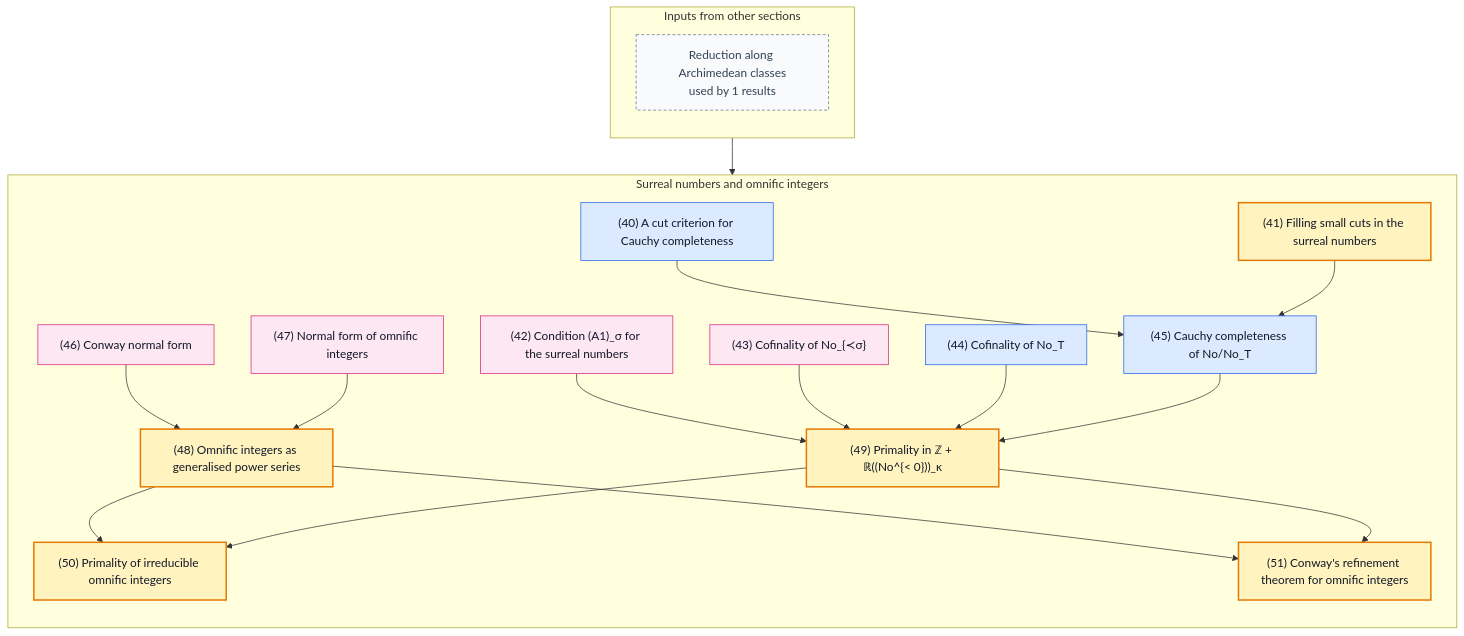
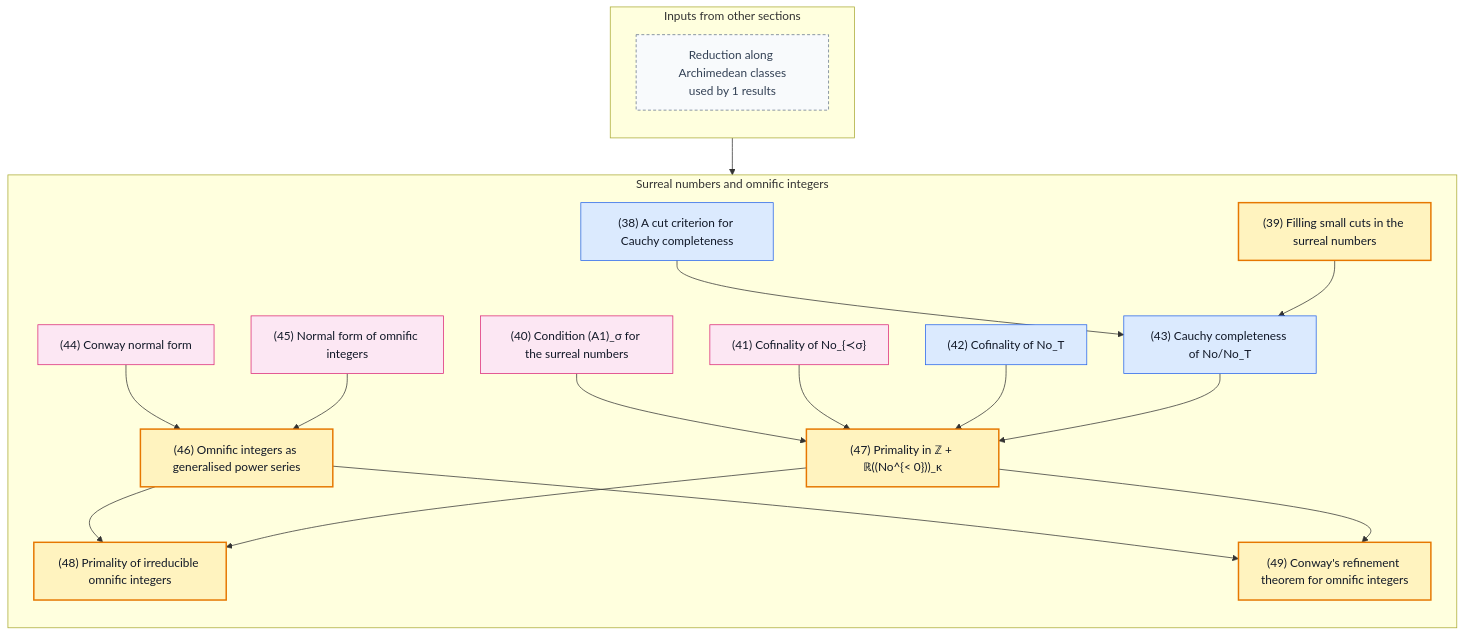
Before and after one commit to gaearon/conway-refinement: the fifth of 5 diagrams in README.md, drawn with Mermaid. The commit also changed other lines of this file and 16 other files, not shown here.

````diff
--- a/README.md
+++ b/README.md
@@ -422,59 +414,59 @@
 ```mermaid
 %% Generated by scripts/blueprint.sh; do not edit.
 %% Other sections are compressed to boundary nodes.
 %% Solid arrows are proof dependencies; dashed arrows are statement dependencies.
 flowchart TB
   subgraph inputs["Inputs from other sections"]
     direction TB
     in0["Reduction along Archimedean classes<br/>used by 1 results"]:::boundary
   end
   subgraph current["Surreal numbers and omnific integers"]
     direction TB
-    n040["(40) A cut criterion for Cauchy completeness"]:::lemma
-    n041["(41) Filling small cuts in the surreal numbers"]:::theorem
-    n042["(42) Condition (A1)_σ for the surreal numbers"]:::fact
-    n043["(43) Cofinality of No_{≺σ}"]:::fact
-    n044["(44) Cofinality of No_T"]:::lemma
-    n045["(45) Cauchy completeness of No/No_T"]:::lemma
-    n046["(46) Conway normal form"]:::fact
-    n047["(47) Normal form of omnific integers"]:::fact
-    n048["(48) Omnific integers as generalised power series"]:::theorem
-    n049["(49) Primality in ℤ + ℝ((No^{&lt; 0}))_κ"]:::theorem
-    n050["(50) Primality of irreducible omnific integers"]:::theorem
-    n051["(51) Conway's refinement theorem for omnific integers"]:::theorem
+    n038["(38) A cut criterion for Cauchy completeness"]:::lemma
+    n039["(39) Filling small cuts in the surreal numbers"]:::theorem
+    n040["(40) Condition (A1)_σ for the surreal numbers"]:::fact
+    n041["(41) Cofinality of No_{≺σ}"]:::fact
+    n042["(42) Cofinality of No_T"]:::lemma
+    n043["(43) Cauchy completeness of No/No_T"]:::lemma
+    n044["(44) Conway normal form"]:::fact
+    n045["(45) Normal form of omnific integers"]:::fact
+    n046["(46) Omnific integers as generalised power series"]:::theorem
+    n047["(47) Primality in ℤ + ℝ((No^{&lt; 0}))_κ"]:::theorem
+    n048["(48) Primality of irreducible omnific integers"]:::theorem
+    n049["(49) Conway's refinement theorem for omnific integers"]:::theorem
   end
 
-  n040 --> n045
-  n041 --> n045
+  n038 --> n043
+  n039 --> n043
+  n044 --> n046
+  n045 --> n046
+  n040 --> n047
+  n041 --> n047
+  n042 --> n047
+  n043 --> n047
   n046 --> n048
   n047 --> n048
-  n042 --> n049
-  n043 --> n049
-  n044 --> n049
-  n045 --> n049
-  n048 --> n050
-  n049 --> n050
-  n048 --> n051
-  n049 --> n051
-  in0 --> n049
-  click n040 "https://gaearon.github.io/conway-refinement/#/result/complete-of-coinitial-scales-and-cut-filling" "Open the statement for lemma 40"
-  click n041 "https://gaearon.github.io/conway-refinement/#/result/surreal-simplicity-small-cuts" "Open the statement for theorem 41"
-  click n042 "https://gaearon.github.io/conway-refinement/#/result/surreal-archimedean-strata" "Open the statement for fact 42"
-  click n043 "https://gaearon.github.io/conway-refinement/#/result/surreal-archimedean-ball-cofinality" "Open the statement for fact 43"
-  click n044 "https://gaearon.github.io/conway-refinement/#/result/surreal-common-tail-cofinality" "Open the statement for lemma 44"
-  click n045 "https://gaearon.github.io/conway-refinement/#/result/surreal-common-tail-quotient-complete" "Open the statement for lemma 45"
-  click n046 "https://gaearon.github.io/conway-refinement/#/result/conway-normal-form" "Open the statement for fact 46"
-  click n047 "https://gaearon.github.io/conway-refinement/#/result/omnific-normal-form" "Open the statement for fact 47"
-  click n048 "https://gaearon.github.io/conway-refinement/#/result/signed-normal-form-omnific-integer-equivalence" "Open the statement for theorem 48"
-  click n049 "https://gaearon.github.io/conway-refinement/#/result/surreal-hahn-integer-part-primality" "Open the statement for theorem 49"
-  click n050 "https://gaearon.github.io/conway-refinement/#/result/omnific-factorisation" "Open the statement for theorem 50"
-  click n051 "https://gaearon.github.io/conway-refinement/#/result/conway-refinement" "Open the statement for theorem 51"
+  n046 --> n049
+  n047 --> n049
+  in0 --> n047
+  click n038 "https://gaearon.github.io/conway-refinement/#/result/complete-of-coinitial-scales-and-cut-filling" "Open the statement for lemma 38"
+  click n039 "https://gaearon.github.io/conway-refinement/#/result/surreal-simplicity-small-cuts" "Open the statement for theorem 39"
+  click n040 "https://gaearon.github.io/conway-refinement/#/result/surreal-archimedean-strata" "Open the statement for fact 40"
+  click n041 "https://gaearon.github.io/conway-refinement/#/result/surreal-archimedean-ball-cofinality" "Open the statement for fact 41"
+  click n042 "https://gaearon.github.io/conway-refinement/#/result/surreal-common-tail-cofinality" "Open the statement for lemma 42"
+  click n043 "https://gaearon.github.io/conway-refinement/#/result/surreal-common-tail-quotient-complete" "Open the statement for lemma 43"
+  click n044 "https://gaearon.github.io/conway-refinement/#/result/conway-normal-form" "Open the statement for fact 44"
+  click n045 "https://gaearon.github.io/conway-refinement/#/result/omnific-normal-form" "Open the statement for fact 45"
+  click n046 "https://gaearon.github.io/conway-refinement/#/result/signed-normal-form-omnific-integer-equivalence" "Open the statement for theorem 46"
+  click n047 "https://gaearon.github.io/conway-refinement/#/result/surreal-hahn-integer-part-primality" "Open the statement for theorem 47"
+  click n048 "https://gaearon.github.io/conway-refinement/#/result/omnific-factorisation" "Open the statement for theorem 48"
+  click n049 "https://gaearon.github.io/conway-refinement/#/result/conway-refinement" "Open the statement for theorem 49"
 
   classDef theorem fill:#fff3bf,stroke:#e67700,stroke-width:2px,color:#111827
   classDef definition fill:#f3f4f6,stroke:#4b5563,color:#111827
   classDef lemma fill:#dbeafe,stroke:#2563eb,color:#111827
   classDef proposition fill:#ede9fe,stroke:#7c3aed,color:#111827
   classDef corollary fill:#dcfce7,stroke:#16a34a,color:#111827
   classDef fact fill:#fce7f3,stroke:#db2777,color:#111827
   classDef boundary fill:#f8fafc,stroke:#64748b,stroke-dasharray:4 3,color:#334155
 ```
````
